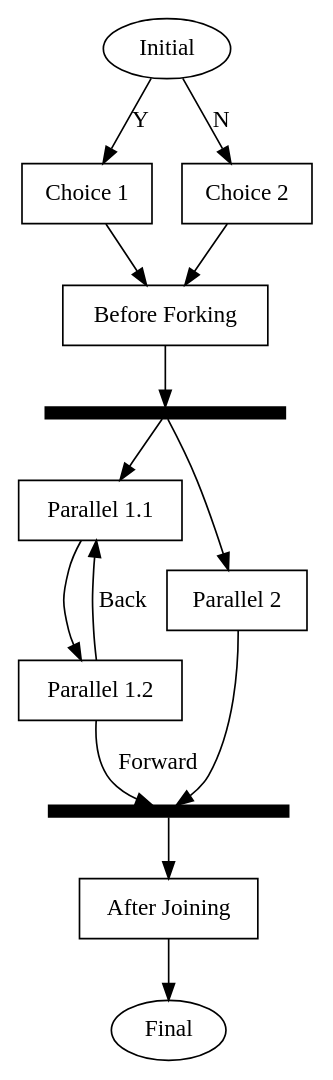
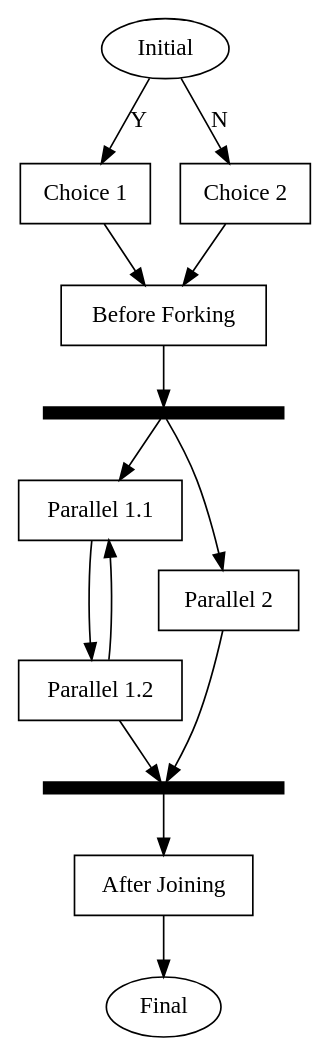
The diagram in doc/images/test6.dot (emden-norfolk/fountainedge), drawn with Graphviz before and after one commit. The commit also changed 3 other files, not shown here.

Commit message:
Remove back label in example.

```diff
--- a/doc/images/test6.dot
+++ b/doc/images/test6.dot
@@ -1,29 +1,29 @@
 digraph G {
 
   v0 [label="Initial",id="1",shape="oval",color="black"]
   v1 [label="Choice 1",id="2",shape="box",color="black"]
   v2 [label="Choice 2",id="3",shape="box",color="black"]
   v3 [label="Before Forking",id="4",shape="box",color="black"]
   v4 [label="",id="5",shape="box",style="filled",fillcolor="black",height="0.1",width="2",fixedsize="true"]
   v5 [label="Parallel 1.1",id="6",shape="box",color="black"]
   v6 [label="Parallel 1.2",id="7",shape="box",color="black"]
   v7 [label="Parallel 2",id="8",shape="box",color="black"]
   v8 [label="",id="9",shape="box",style="filled",fillcolor="black",height="0.1",width="2",fixedsize="true"]
   v9 [label="After Joining",id="10",shape="box",color="black"]
   v10 [label="Final",id="11",shape="oval",color="black"]
 
   v0 -> v1 [label="Y"]
   v0 -> v2 [label="N"]
   v1 -> v3
   v2 -> v3
   v3 -> v4
   v4 -> v5
   v4 -> v7
   v5 -> v6
-  v6 -> v5 [label="Back"]
-  v6 -> v8 [label="Forward"]
+  v6 -> v5
+  v6 -> v8
   v7 -> v8
   v8 -> v9
   v9 -> v10
 
 }
```
